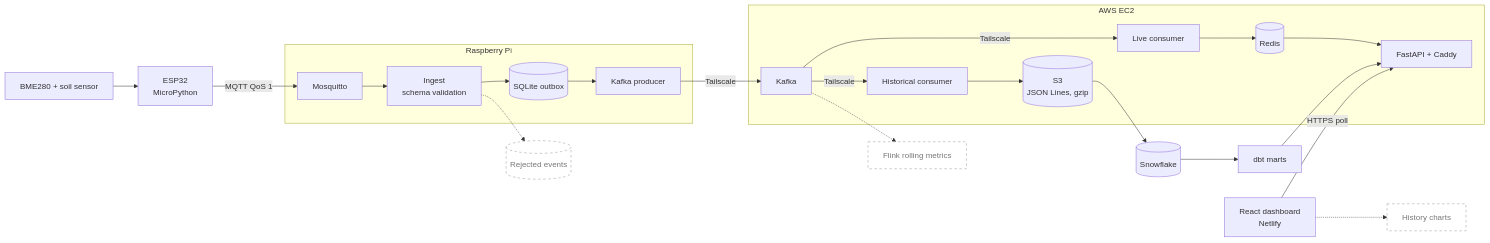
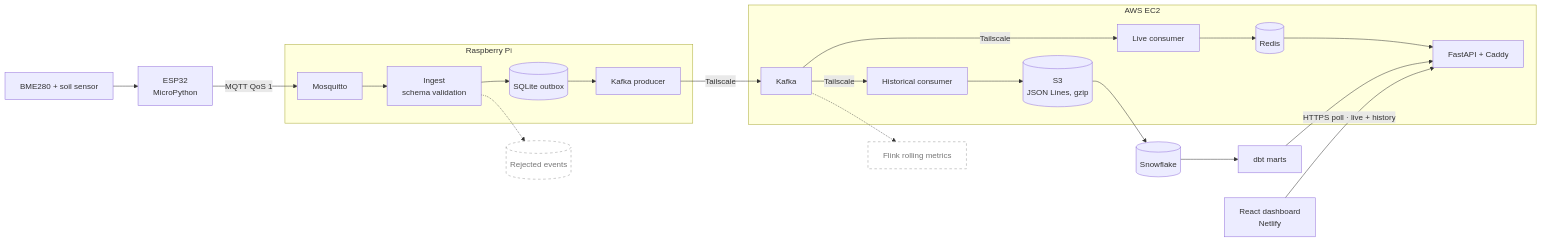
Before and after one commit to 0GregoryJ/greenhouse-iot-streaming-pipeline: the diagram in README.md, drawn with Mermaid. The commit also changed other lines of this file and 34 other files, not shown here.

````diff
--- a/README.md
+++ b/README.md
@@ -32,37 +32,36 @@
 ```mermaid
 flowchart LR
   sensors["BME280 + soil sensor"] --> esp["ESP32<br/>MicroPython"]
 
   subgraph pi["Raspberry Pi"]
     mqtt["Mosquitto"] --> ingest["Ingest<br/>schema validation"]
     ingest --> sqlite[("SQLite outbox")]
     sqlite --> prod["Kafka producer"]
   end
 
   subgraph aws["AWS EC2"]
     kafka["Kafka"]
     consumer["Live consumer"] --> redis[("Redis")]
     redis --> api["FastAPI + Caddy"]
     hist["Historical consumer"] --> s3[("S3<br/>JSON Lines, gzip")]
   end
 
   snow[("Snowflake")]
   dbt["dbt marts"]
   dash["React dashboard<br/>Netlify"]
 
   esp -->|"MQTT QoS 1"| mqtt
   prod -->|"Tailscale"| kafka
   kafka -->|"Tailscale"| consumer
   kafka -->|"Tailscale"| hist
   s3 --> snow
   snow --> dbt
   dbt --> api
-  dash -->|"HTTPS poll"| api
+  dash -->|"HTTPS poll · live + history"| api
 
   ingest -.-> dlq[("Rejected events")]
   kafka -.-> flink["Flink rolling metrics"]
-  dash -.-> charts["History charts"]
 
   classDef planned fill:#fff,stroke:#999,stroke-dasharray:5 5,color:#777;
-  class dlq,flink,charts planned;
+  class dlq,flink planned;
 ```
````
